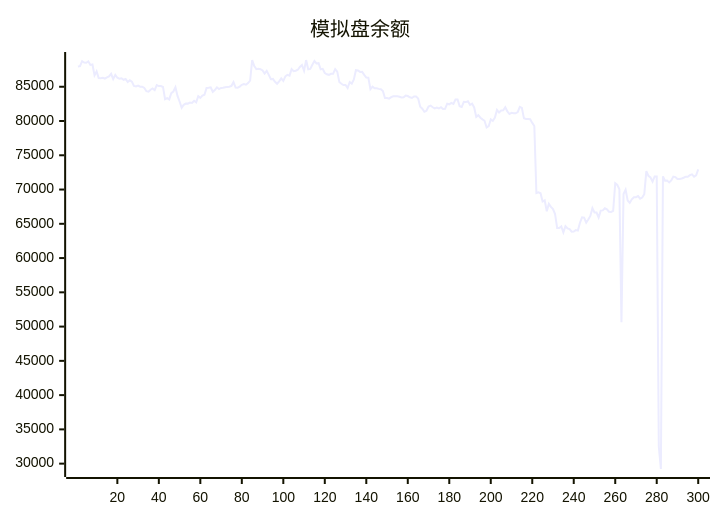
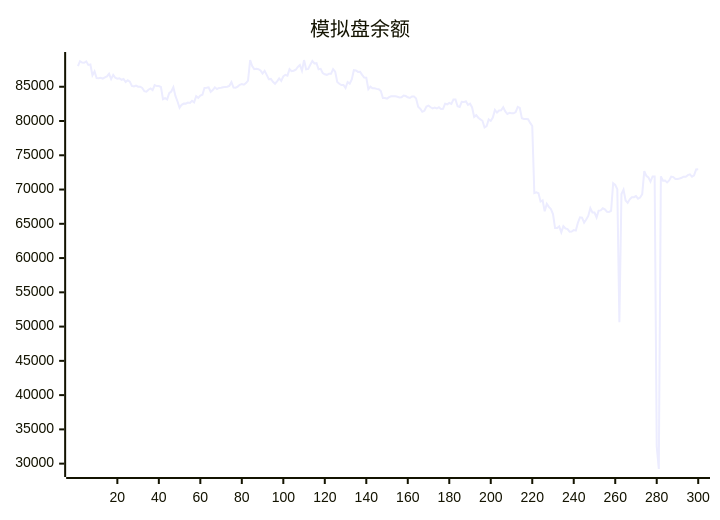
Before and after one commit to aahl/ai-trading: the diagram in README.md, drawn with Mermaid. The commit also changed other lines of this file and 1 other file, not shown here.

````diff
--- a/README.md
+++ b/README.md
@@ -5,5 +5,5 @@
 ```mermaid
 xychart
     title "模拟盘余额"
-    line [87945,88007,88734,88528,88495,88705,88189,88248,86662,87234,86279,86251,86314,86177,86364,86503,86886,86114,86731,86310,86176,86240,86017,86136,85685,85938,85749,85111,85044,85164,85016,85008,84824,84354,84287,84572,84745,84500,85234,85096,85095,84970,83180,83338,83157,84070,84309,84922,83667,82850,81924,82369,82552,82539,82695,82648,82962,82728,83619,83378,83710,83825,84819,84854,84917,84265,84527,84919,84668,84834,84850,84916,84981,85004,85131,85674,84891,84864,85019,85284,85393,85294,85538,85894,88904,88012,87567,87625,87568,87386,86920,87313,86737,86094,86143,85725,85437,85787,86219,85859,86526,86740,86630,87563,87264,87335,87483,87886,88180,87335,88894,87544,87608,88207,88755,88401,88444,87543,87608,87000,86810,86740,86894,86884,87576,87209,85686,85435,85251,85255,84820,85689,85453,86066,87420,87373,87161,87178,86740,86341,86315,84643,85012,84772,84768,84690,84635,84376,83360,83357,83259,83474,83608,83606,83602,83548,83440,83454,83724,83644,83464,83365,83590,83592,83275,82072,81806,81344,81492,82109,82254,82006,81848,81955,81829,82022,81769,81776,82522,82441,82656,82498,83144,83144,82150,82038,82797,82763,82872,82367,82536,81981,80612,80862,80484,80242,80034,79063,79245,80226,80016,80507,81625,81233,81544,81578,82016,81401,81019,81186,81130,81118,81306,82066,81909,80392,80304,80291,80258,79729,79261,69466,69579,69456,68251,68415,66832,67911,67462,67144,66432,64380,64375,64606,63740,64647,64324,64216,63842,63877,64078,64008,65156,65945,65888,65157,65625,66144,67284,66653,66639,65924,66925,66956,67263,67108,66766,66729,66886,70927,70673,70049,50652,69334,69973,68400,68061,68578,68876,68879,69055,68662,68822,69329,72687,71999,71760,71162,71911,71896,32500,29218,71927,71297,71305,71044,71337,71883,71822,71536,71536,71622,71723,71880,71860,72100,72216,71887,72077,72940]
+    line [88007,88734,88528,88495,88705,88189,88248,86662,87234,86279,86251,86314,86177,86364,86503,86886,86114,86731,86310,86176,86240,86017,86136,85685,85938,85749,85111,85044,85164,85016,85008,84824,84354,84287,84572,84745,84500,85234,85096,85095,84970,83180,83338,83157,84070,84309,84922,83667,82850,81924,82369,82552,82539,82695,82648,82962,82728,83619,83378,83710,83825,84819,84854,84917,84265,84527,84919,84668,84834,84850,84916,84981,85004,85131,85674,84891,84864,85019,85284,85393,85294,85538,85894,88904,88012,87567,87625,87568,87386,86920,87313,86737,86094,86143,85725,85437,85787,86219,85859,86526,86740,86630,87563,87264,87335,87483,87886,88180,87335,88894,87544,87608,88207,88755,88401,88444,87543,87608,87000,86810,86740,86894,86884,87576,87209,85686,85435,85251,85255,84820,85689,85453,86066,87420,87373,87161,87178,86740,86341,86315,84643,85012,84772,84768,84690,84635,84376,83360,83357,83259,83474,83608,83606,83602,83548,83440,83454,83724,83644,83464,83365,83590,83592,83275,82072,81806,81344,81492,82109,82254,82006,81848,81955,81829,82022,81769,81776,82522,82441,82656,82498,83144,83144,82150,82038,82797,82763,82872,82367,82536,81981,80612,80862,80484,80242,80034,79063,79245,80226,80016,80507,81625,81233,81544,81578,82016,81401,81019,81186,81130,81118,81306,82066,81909,80392,80304,80291,80258,79729,79261,69466,69579,69456,68251,68415,66832,67911,67462,67144,66432,64380,64375,64606,63740,64647,64324,64216,63842,63877,64078,64008,65156,65945,65888,65157,65625,66144,67284,66653,66639,65924,66925,66956,67263,67108,66766,66729,66886,70927,70673,70049,50652,69334,69973,68400,68061,68578,68876,68879,69055,68662,68822,69329,72687,71999,71760,71162,71911,71896,32500,29218,71927,71297,71305,71044,71337,71883,71822,71536,71536,71622,71723,71880,71860,72100,72216,71887,72077,72940,72976]
 ```
````
